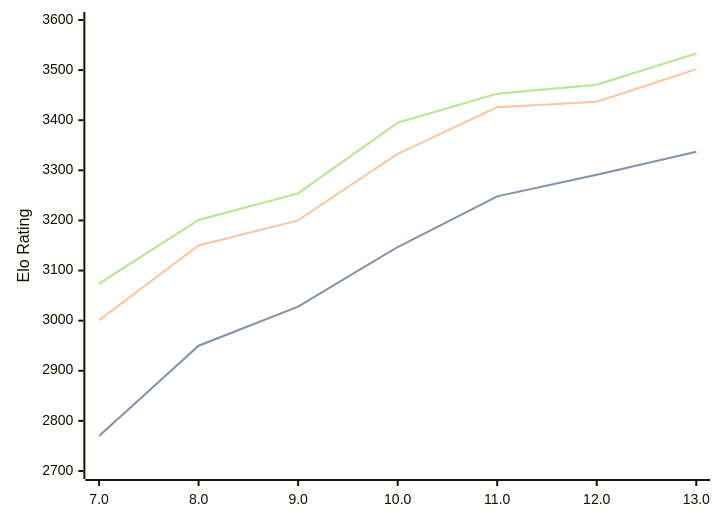
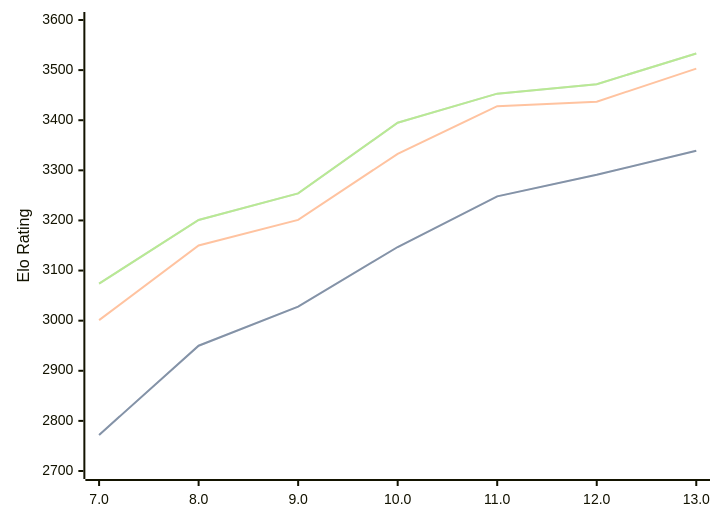
Before and after one commit to computer-chess-index/cci: the diagram in engines/Tcheran.md, drawn with Mermaid. The commit also changed other lines of this file, not shown here.

Commit message:
Update CCI Ratings (ELO VLTC) - 2026-10-02

````diff
--- a/engines/Tcheran.md
+++ b/engines/Tcheran.md
@@ -37,11 +37,11 @@
 ```mermaid
 %%{init: {"theme":"base","themeVariables":{"seriesColors:['#a3a3a3','#222221','#faa371']}}}%%
 xychart-beta
   x-axis ["7.0", "8.0", "9.0", "10.0", "11.0", "12.0", "13.0"]
   y-axis "Elo Rating" 2700 --> 3600
-  line "" [2770, 2950, 3028, 3147, 3248, 3291, 3337]
-  line "STC (8.0+0.08s)" [2770, 2950, 3028, 3147, 3248, 3291, 3337]
-  line "LTC (60.0+0.60s)" [3001, 3150, 3200, 3333, 3426, 3437, 3502]
-  line "" [3074, 3201, 3254, 3395, 3453, 3471, 3533]
-  line "VLTC (2m24s+1.12s)" [3074, 3201, 3254, 3395, 3453, 3471, 3533]
+  line "" [2772, 2950, 3028, 3147, 3248, 3291, 3339]
+  line "STC (8.0+0.08s)" [2772, 2950, 3028, 3147, 3248, 3291, 3339]
+  line "LTC (60.0+0.60s)" [3001, 3150, 3201, 3333, 3428, 3437, 3503]
+  line "" [3074, 3201, 3254, 3395, 3453, 3472, 3533]
+  line "VLTC (2m24s+1.12s)" [3074, 3201, 3254, 3395, 3453, 3472, 3533]
 ```
````
